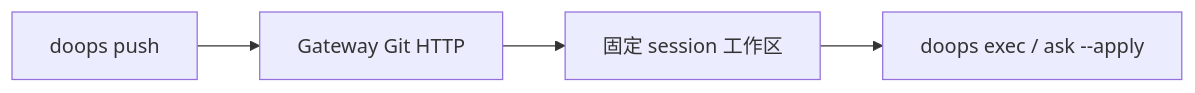
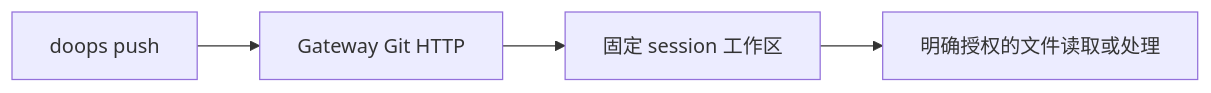
One commit to symansun/doops changed the second of 2 diagrams in backend/docs/code_sync_rsync_analysis.md. Above: the diagram before and after it, drawn with Mermaid. The commit also changed other lines of this file and 39 other files, not shown here.

````diff
--- a/backend/docs/code_sync_rsync_analysis.md
+++ b/backend/docs/code_sync_rsync_analysis.md
@@ -107,6 +110,6 @@
 ```mermaid
 graph LR
     A["doops push"] --> B["Gateway Git HTTP"]
     B --> C["固定 session 工作区"]
-    C --> D["doops exec / ask --apply"]
+    C --> D["明确授权的文件读取或处理"]
 ```
````
